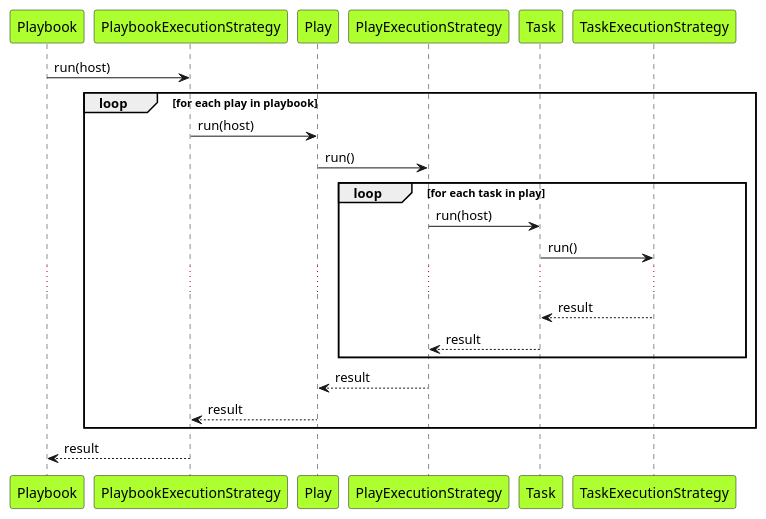
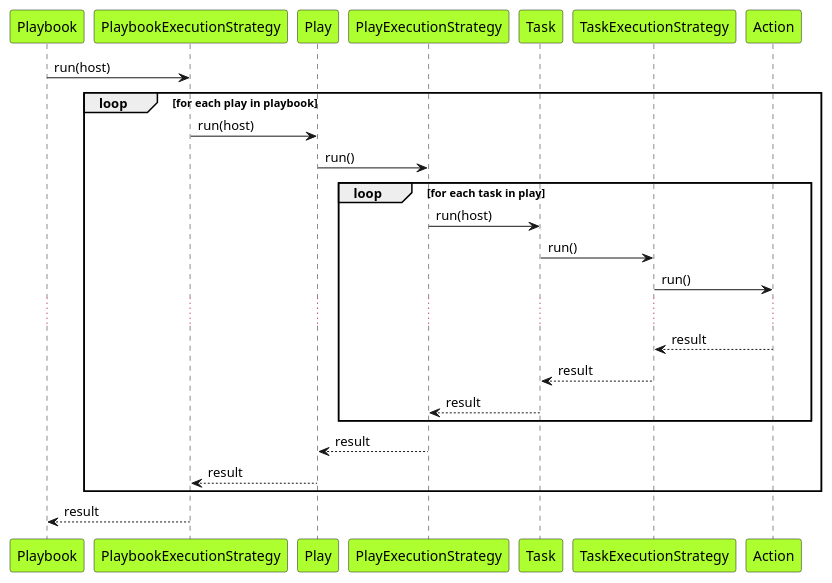
The diagram in project/uml/EngineProcesses.puml (ezequiels/nazz), drawn with PlantUML before and after one commit.

Commit message:
Updated engineprocesses diagram

```diff
--- a/project/uml/EngineProcesses.puml
+++ b/project/uml/EngineProcesses.puml
@@ -1,33 +1,36 @@
 @startuml
 
 participant Playbook #GreenYellow
 participant PlaybookExecutionStrategy #GreenYellow
 participant Play #GreenYellow
 participant PlayExecutionStrategy #GreenYellow
 participant Task #GreenYellow
 participant TaskExecutionStrategy #GreenYellow
+participant Action #GreenYellow
 
 
 Playbook -> PlaybookExecutionStrategy: run(host)
 
 loop for each play in playbook
 PlaybookExecutionStrategy -> Play: run(host)
 Play -> PlayExecutionStrategy: run()
 
 loop for each task in play
 PlayExecutionStrategy -> Task: run(host)
 Task -> TaskExecutionStrategy: run()
+TaskExecutionStrategy -> Action: run()
 ...
+Action --> TaskExecutionStrategy: result
 Task <-- TaskExecutionStrategy: result
 PlayExecutionStrategy <-- Task: result
 end
 
 Play <-- PlayExecutionStrategy: result
 PlaybookExecutionStrategy <-- Play: result
 end
 
 Playbook <-- PlaybookExecutionStrategy: result
 
 
 
 @enduml
```
